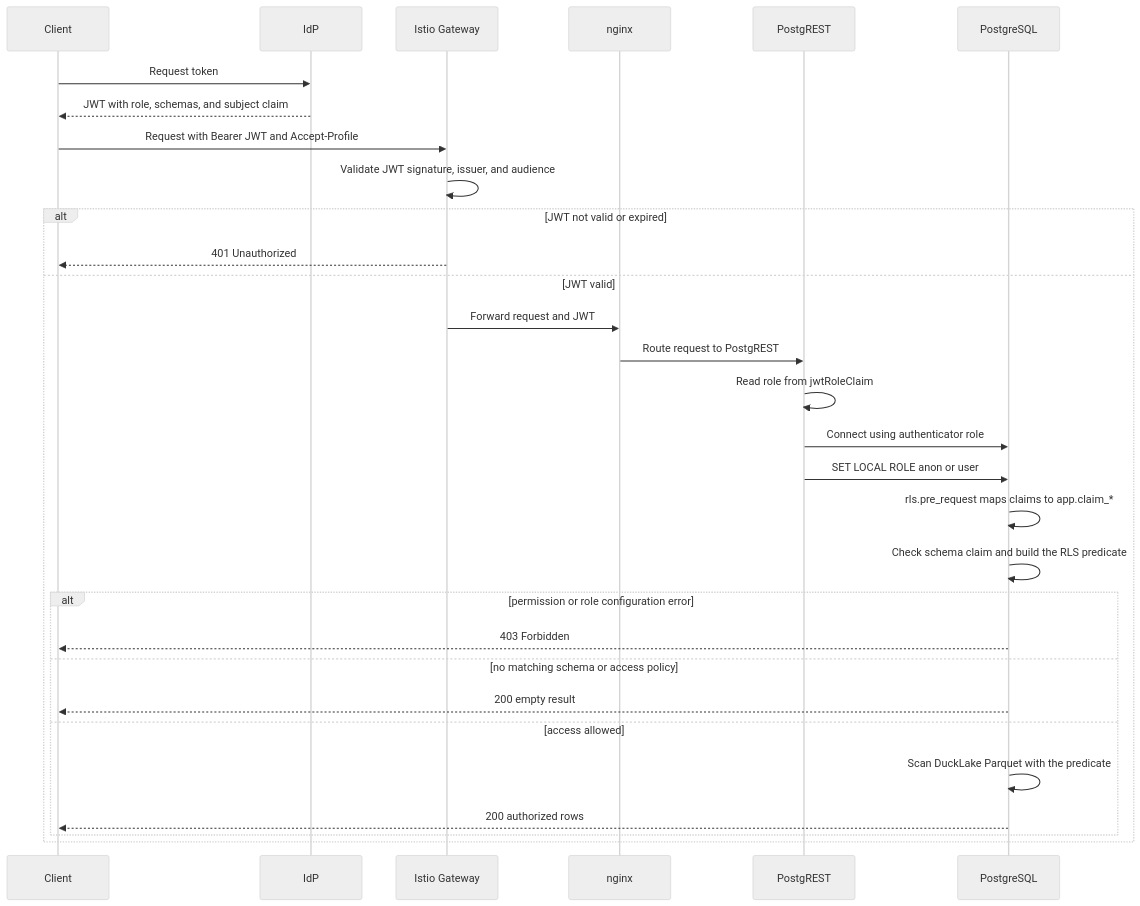
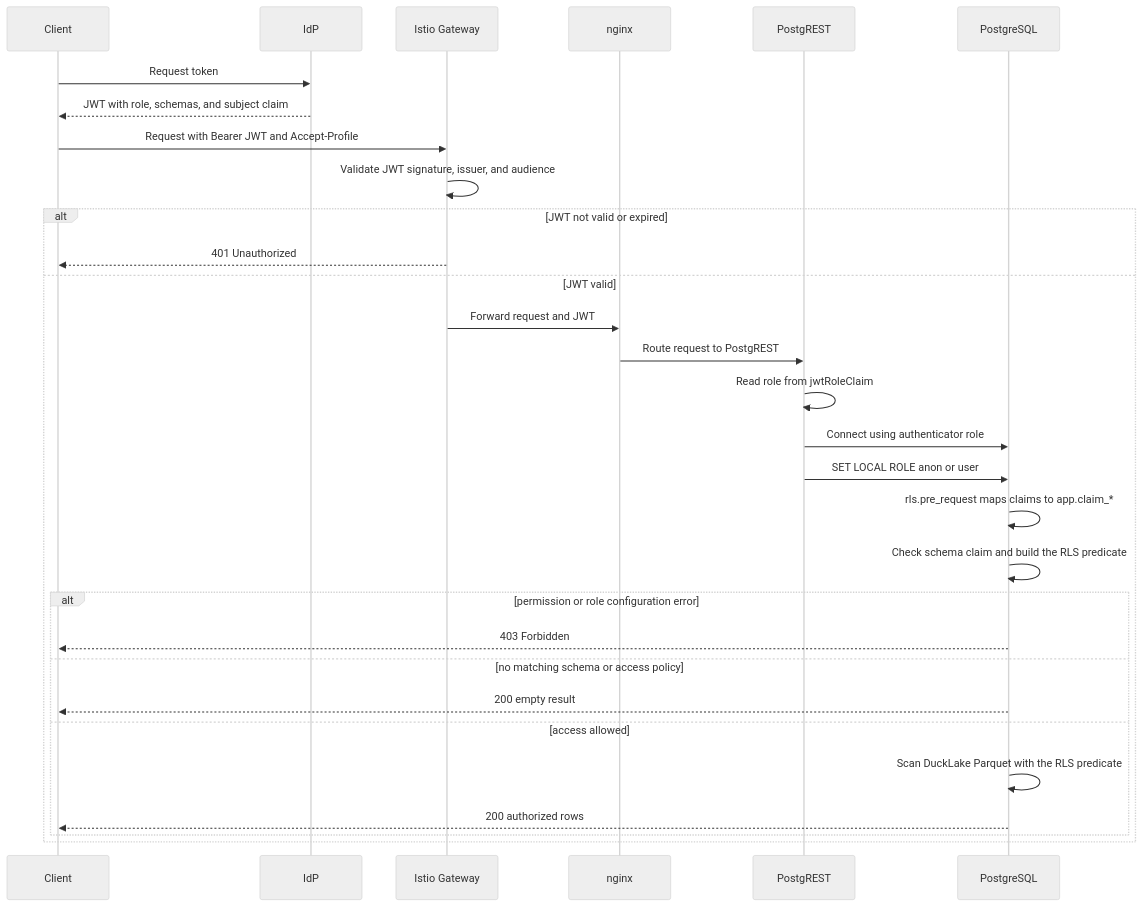
Before and after one commit to prefeitura-rio/data-proxy: the first of 2 diagrams in docs/security.md, drawn with Mermaid (neutral theme). The commit also changed other lines of this file and 4 other files, not shown here.

````diff
--- a/docs/security.md
+++ b/docs/security.md
@@ -51,33 +52,33 @@
 ```mermaid
 sequenceDiagram
     participant C as Client
     participant I as IdP
     participant G as Istio Gateway
     participant N as nginx
     participant P as PostgREST
     participant DB as PostgreSQL
 
     C->>I: Request token
     I-->>C: JWT with role, schemas, and subject claim
     C->>G: Request with Bearer JWT and Accept-Profile
     G->>G: Validate JWT signature, issuer, and audience
     alt JWT not valid or expired
         G-->>C: 401 Unauthorized
     else JWT valid
         G->>N: Forward request and JWT
         N->>P: Route request to PostgREST
         P->>P: Read role from jwtRoleClaim
         P->>DB: Connect using authenticator role
         P->>DB: SET LOCAL ROLE anon or user
         DB->>DB: rls.pre_request maps claims to app.claim_*
         DB->>DB: Check schema claim and build the RLS predicate
         alt permission or role configuration error
             DB-->>C: 403 Forbidden
         else no matching schema or access policy
             DB-->>C: 200 empty result
         else access allowed
-            DB->>DB: Scan DuckLake Parquet with the predicate
+            DB->>DB: Scan DuckLake Parquet with the RLS predicate
             DB-->>C: 200 authorized rows
         end
     end
 ```
````
